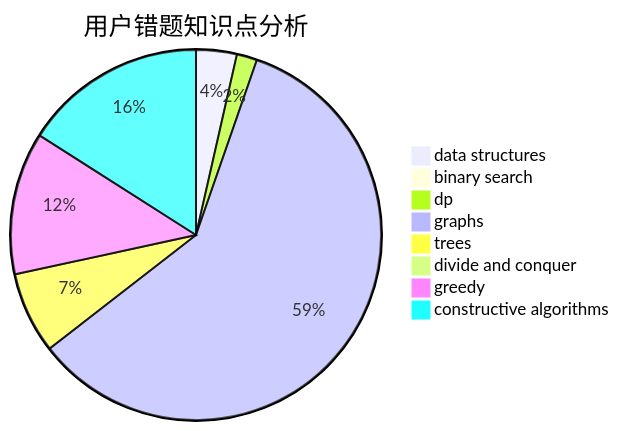
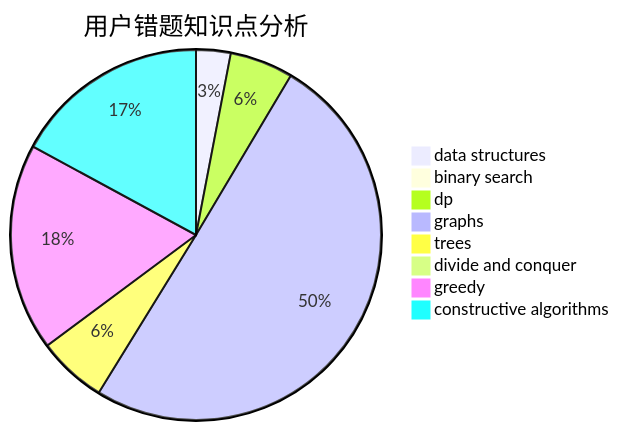
The third of 3 diagrams in docs/user/u2736.md (sherpahu/cfrs.github.io), drawn with Mermaid before and after one commit. The commit also changed other lines of this file and 2770 other files, not shown here.

````diff
--- a/docs/user/u2736.md
+++ b/docs/user/u2736.md
@@ -36,11 +36,11 @@
 ```mermaid
 pie title 用户错题知识点分析
     "data structures" :  6
     "binary search" :  1
-    "dp" :  3
+    "dp" :  11
     "graphs" :  100
     "trees" :  12
     "divide and conquer" :  0
-    "greedy" :  21
-    "constructive algorithms" :  27
+    "greedy" :  36
+    "constructive algorithms" :  34
 ```
````
